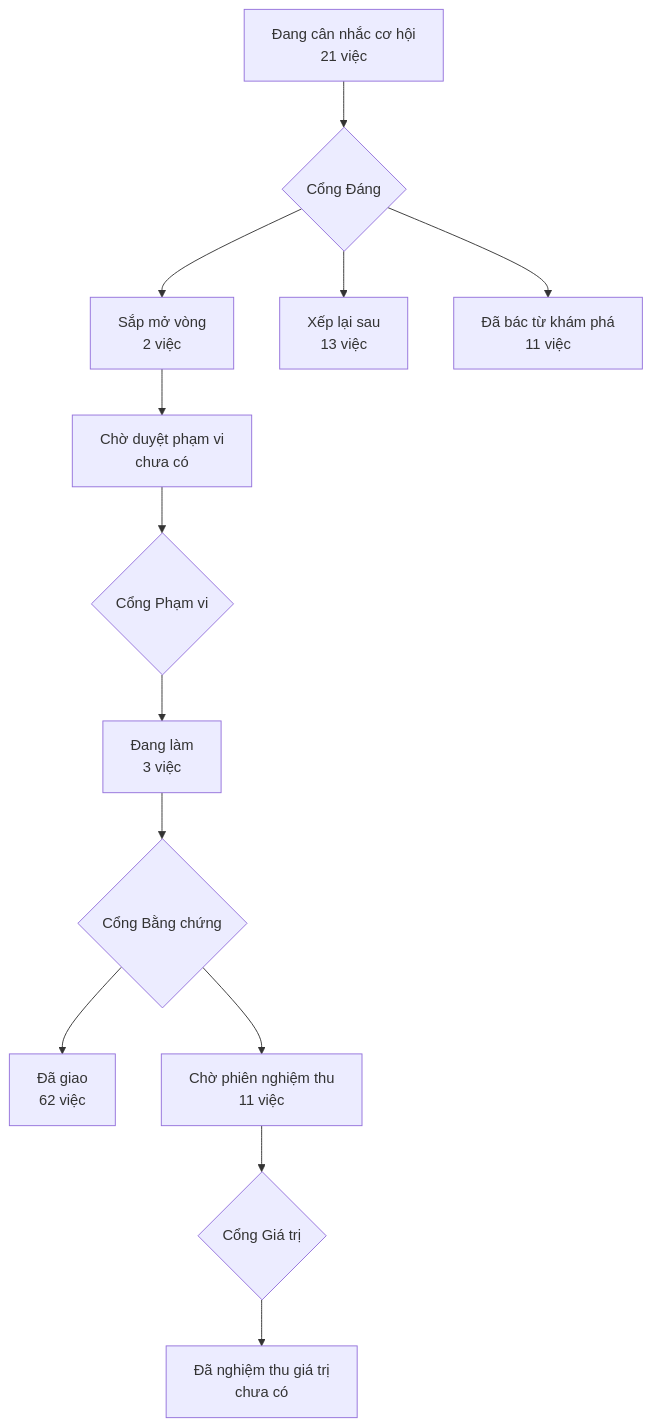
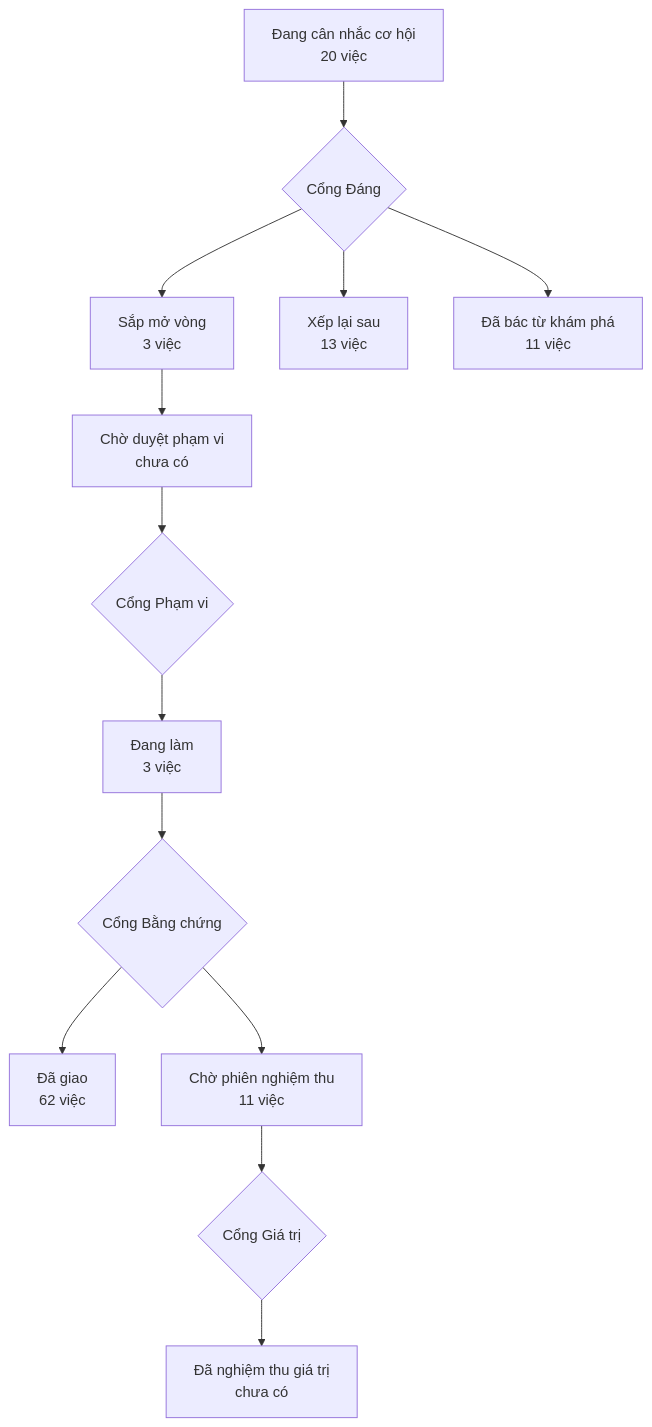
One commit to phanlemanh/acceptance-gate-kit changed the diagram in PRODUCT-MAP.md. Above: the diagram before and after it, drawn with Mermaid. The commit also changed 2 other files, not shown here.

Commit message:
Cổng Đáng: o-chi-mo-khi-co-neo-ngoai — build (Mạnh, 18/09)
Owner gõ «build» một chạm, nhận cả bốn vế; máy điền trường hồ sơ, gỡ tiền tố đề xuất ở ngưỡng, sổ thêm dòng gate0, bản đồ sản phẩm vẽ lại.

````diff
--- a/PRODUCT-MAP.md
+++ b/PRODUCT-MAP.md
@@ -6,12 +6,12 @@
 ```mermaid
 flowchart TD
-  A["Đang cân nhắc cơ hội<br/>21 việc"] --> GD{"Cổng Đáng"}
-  GD --> B["Sắp mở vòng<br/>2 việc"]
+  A["Đang cân nhắc cơ hội<br/>20 việc"] --> GD{"Cổng Đáng"}
+  GD --> B["Sắp mở vòng<br/>3 việc"]
   GD --> XL["Xếp lại sau<br/>13 việc"]
   GD --> DB["Đã bác từ khám phá<br/>11 việc"]
   B --> CD["Chờ duyệt phạm vi<br/>chưa có"] --> GP{"Cổng Phạm vi"}
   GP --> DL["Đang làm<br/>3 việc"] --> GB{"Cổng Bằng chứng"}
   GB --> DG["Đã giao<br/>62 việc"]
   GB --> CN["Chờ phiên nghiệm thu<br/>11 việc"] --> GG{"Cổng Giá trị"}
   GG --> NT["Đã nghiệm thu giá trị<br/>chưa có"]
 ```
````
